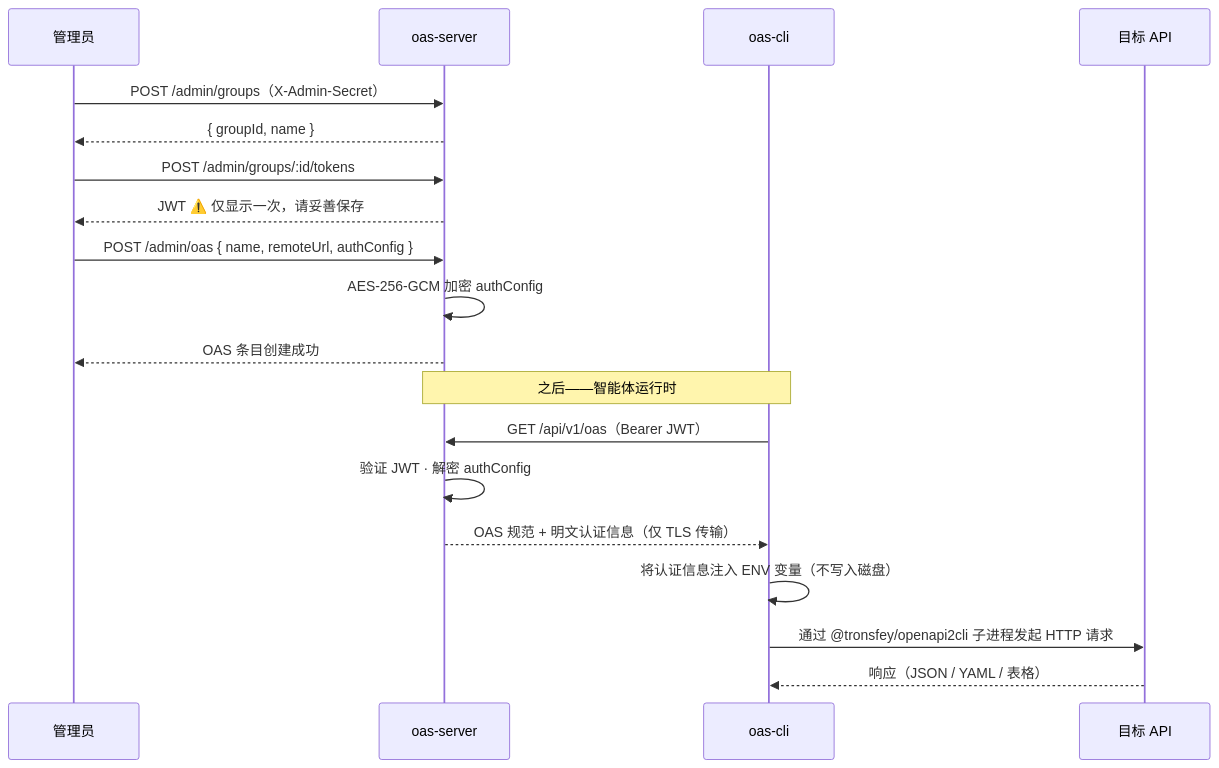
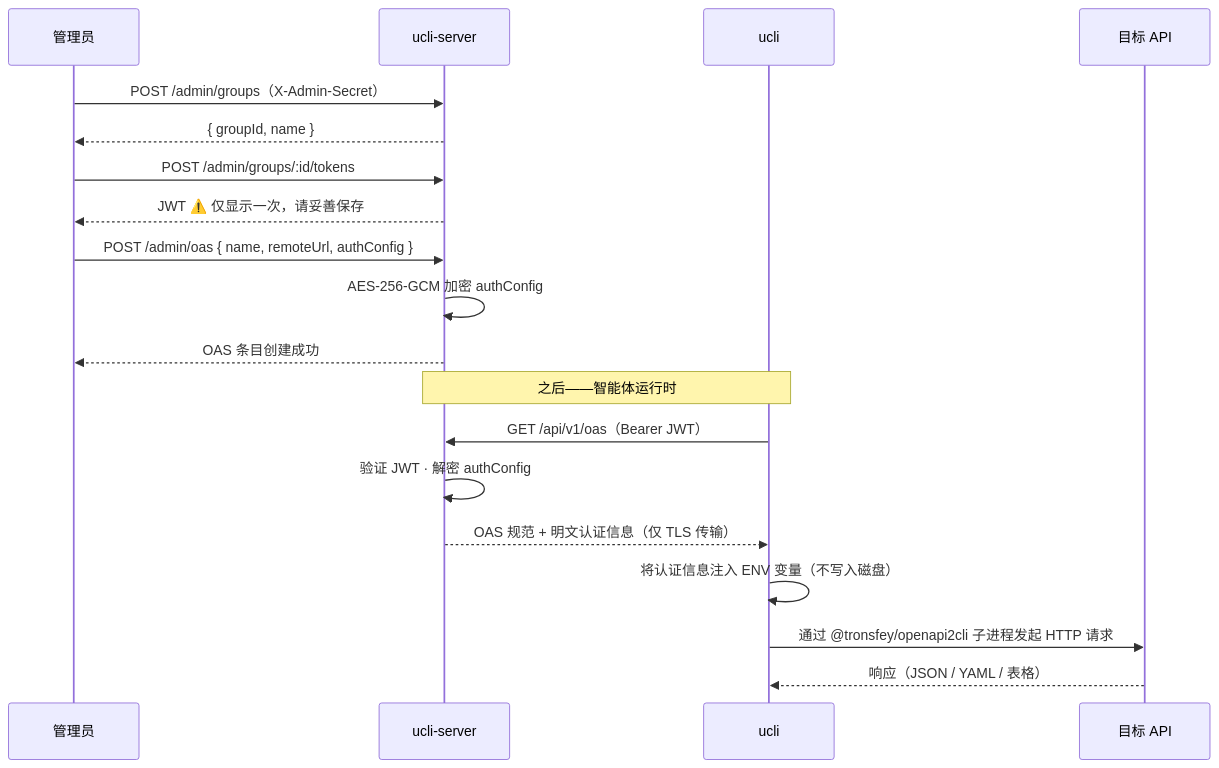
Before and after one commit to tronsfey928/ucli: the second of 2 diagrams in README.zh.md, drawn with Mermaid. The commit also changed other lines of this file and 44 other files, not shown here.

````diff
--- a/README.zh.md
+++ b/README.zh.md
@@ -63,27 +63,27 @@
 ```mermaid
 sequenceDiagram
     participant Admin as 管理员
-    participant Server as oas-server
-    participant CLI as oas-cli
+    participant Server as ucli-server
+    participant CLI as ucli
     participant API as 目标 API
 
     Admin->>Server: POST /admin/groups（X-Admin-Secret）
     Server-->>Admin: { groupId, name }
 
     Admin->>Server: POST /admin/groups/:id/tokens
     Server-->>Admin: JWT  ⚠️ 仅显示一次，请妥善保存
 
     Admin->>Server: POST /admin/oas { name, remoteUrl, authConfig }
     Server->>Server: AES-256-GCM 加密 authConfig
     Server-->>Admin: OAS 条目创建成功
 
     Note over CLI,Server: 之后——智能体运行时
 
     CLI->>Server: GET /api/v1/oas（Bearer JWT）
     Server->>Server: 验证 JWT · 解密 authConfig
     Server-->>CLI: OAS 规范 + 明文认证信息（仅 TLS 传输）
 
     CLI->>CLI: 将认证信息注入 ENV 变量（不写入磁盘）
     CLI->>API: 通过 @tronsfey/openapi2cli 子进程发起 HTTP 请求
     API-->>CLI: 响应（JSON / YAML / 表格）
 ```
````
